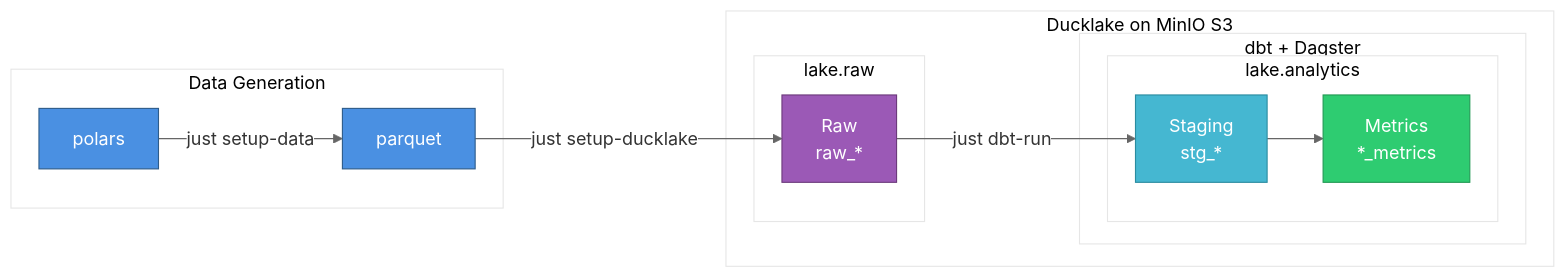
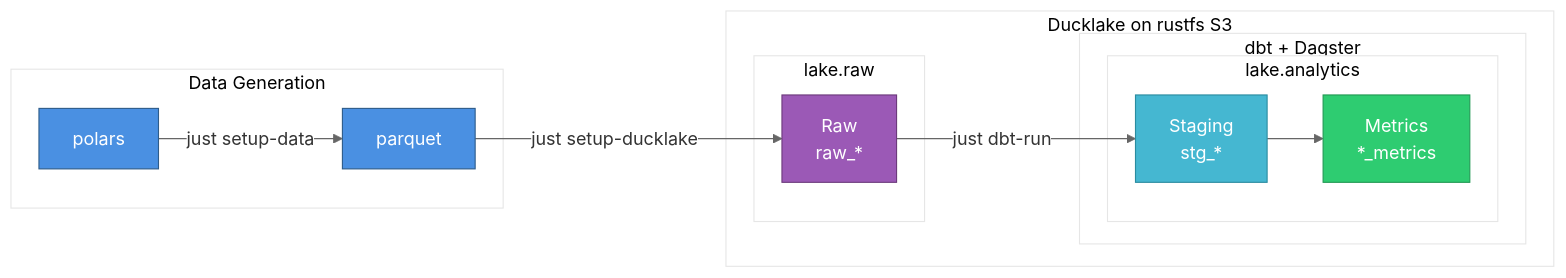
Before and after one commit to adammarples/testbed: the diagram in README.md, drawn with Mermaid. The commit also changed other lines of this file and 4 other files, not shown here.

````diff
--- a/README.md
+++ b/README.md
@@ -41,32 +42,32 @@
 ```mermaid
 %%{init: {'theme':'base', 'themeVariables': {'primaryColor':'#f0f0f0','primaryTextColor':'#333','primaryBorderColor':'#666','lineColor':'#666','secondaryColor':'#fff','tertiaryColor':'#fff'}}}%%
 flowchart LR
     subgraph gen["Data Generation"]
         A[polars]
         B[parquet]
         A --> |just setup-data|B
     end
 
-    subgraph lake["Ducklake on MinIO S3"]
+    subgraph lake["Ducklake on rustfs S3"]
         subgraph raw["lake.raw"]
             C[Raw<br/>raw_*]
         end
 
         subgraph orch["dbt + Dagster"]
             subgraph analytics["lake.analytics"]
                 D[Staging<br/>stg_*]
                 E[Metrics<br/>*_metrics]
             end
         end
     end
 
     B -->|just setup-ducklake| C
     C -->|just dbt-run| D
     D --> E
 
     style A fill:#4a90e2,stroke:#2e5c8a,color:#fff
     style B fill:#4a90e2,stroke:#2e5c8a,color:#fff
     style C fill:#9b59b6,stroke:#6c3a7c,color:#fff
     style D fill:#45b7d1,stroke:#2a8ca0,color:#fff
     style E fill:#2ecc71,stroke:#229954,color:#fff
 ```
````
